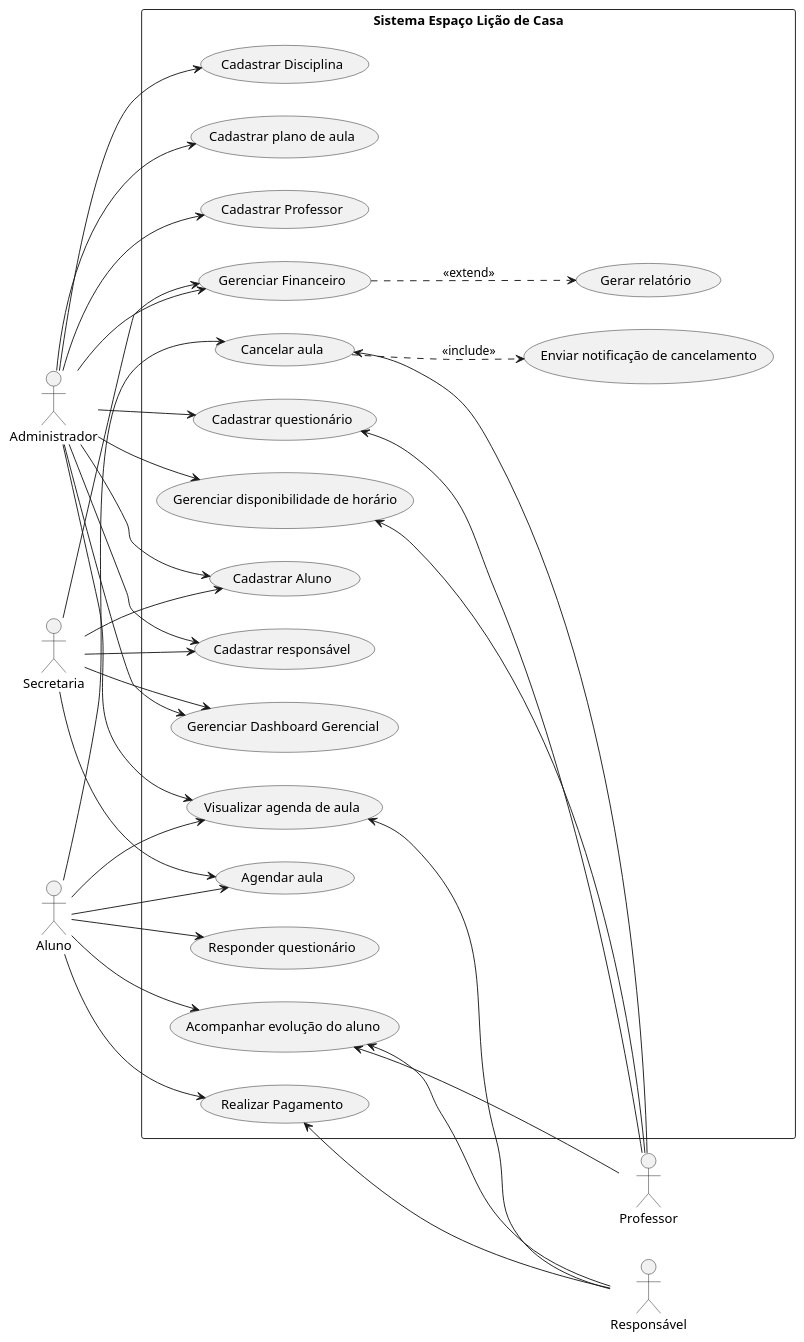
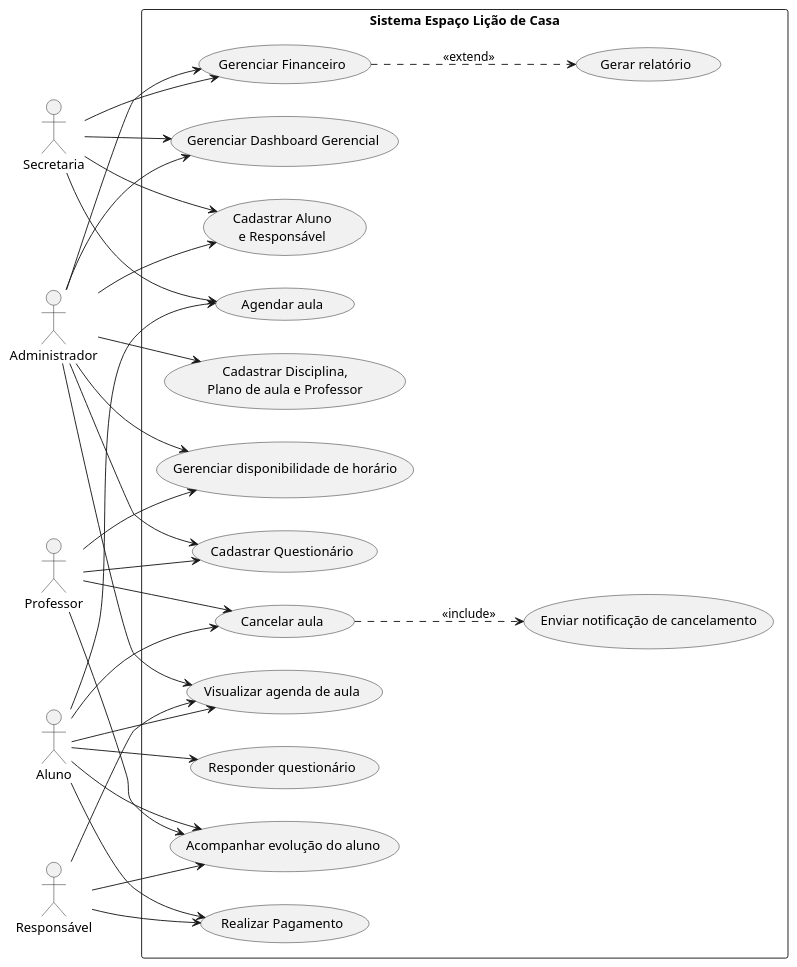
The diagram in CASOS DE USO/useCases.puml (Engenharia-II-Fatec/TG), drawn with PlantUML before and after one commit.

Commit message:
fix: ajustando diagrama de caso de uso

```diff
--- a/CASOS DE USO/useCases.puml
+++ b/CASOS DE USO/useCases.puml
@@ -1,87 +1,68 @@
 @startuml usecases
 left to right direction
 
 ' --- ATORES ---
-' Atores do lado esquerdo
 actor "Administrador" as Admin
 actor "Professor" as Professor
-
-' Ator Superior e Inferior
 actor "Aluno" as Aluno
 actor "Responsável" as Responsavel
-
-' Ator do lado direito
 actor "Secretaria" as Secretaria
 
 ' --- LIMITE DO SISTEMA ---
 rectangle "Sistema Espaço Lição de Casa" {
-    
-    ' Casos de Uso - Coluna Esquerda
+
     usecase "Realizar Pagamento" as UC1
     usecase "Acompanhar evolução do aluno" as UC2
     usecase "Agendar aula" as UC3
     usecase "Visualizar agenda de aula" as UC4
-    usecase "Cadastrar Disciplina" as UC5
-    usecase "Cadastrar plano de aula" as UC6
-    
-    ' Casos de Uso - Coluna Centro/Direita
-    usecase "Cadastrar responsável" as UC7
-    usecase "Cadastrar Aluno" as UC8
-    usecase "Cadastrar Professor" as UC9
+
+    ' --- CADASTROS UNIFICADOS (3 balões) ---
+    usecase "Cadastrar Disciplina,\nPlano de aula e Professor" as UCCadAcad
+    usecase "Cadastrar Aluno\ne Responsável" as UCCadPessoas
+    usecase "Cadastrar Questionário" as UCCadQuest
+
     usecase "Gerenciar Financeiro" as UC10
     usecase "Gerenciar Dashboard Gerencial" as UC11
     usecase "Responder questionário" as UC12
     usecase "Gerenciar disponibilidade de horário" as UC13
-    usecase "Cadastrar questionário" as UC14
-    
-    ' Agrupamento para forçar a proximidade visual
-    together {
-        usecase "Cancelar aula" as UC15
-        usecase "Enviar notificação de cancelamento" as UCAuxA
-    }
-    
-    ' Casos de uso avulsos
+
+    usecase "Cancelar aula" as UC15
+    usecase "Enviar notificação de cancelamento" as UCAuxA
     usecase "Gerar relatório" as UCAuxB
-
 }
 
 ' --- RELACIONAMENTOS (ASSOCIAÇÕES) ---
 Responsavel --> UC1
-UC2 <-- Responsavel
-UC4 <-- Responsavel
+Responsavel --> UC2
+Responsavel --> UC4
 
 Aluno --> UC1
 Aluno --> UC2
 Aluno --> UC3
 Aluno --> UC4
 Aluno --> UC12
 Aluno --> UC15
 
-UC2  <-- Professor
-UC13 <-- Professor
-UC14 <-- Professor
-UC15 <-- Professor
+Professor --> UC2
+Professor --> UC13
+Professor --> UCCadQuest
+Professor --> UC15
 
 Secretaria --> UC3
-Secretaria --> UC7
-Secretaria --> UC8
+Secretaria --> UCCadPessoas
 Secretaria --> UC10
 Secretaria --> UC11
 
 Admin --> UC4
-Admin --> UC5
-Admin --> UC6
-Admin --> UC7
-Admin --> UC8
-Admin --> UC9
+Admin --> UCCadAcad
+Admin --> UCCadPessoas
+Admin --> UCCadQuest
 Admin --> UC10
 Admin --> UC11
 Admin --> UC13
-Admin --> UC14
 
 ' --- RELACIONAMENTOS ESPECIAIS (INCLUDE / EXTEND) ---
-' Utilizando a notação pontilhada padrão (..>) para melhorar o fluxo do layout
-UC15 ..> UCAuxA : <<include>>
-UC10 ..> UCAuxB : <<extend>>
+UC15 .down.> UCAuxA : <<include>>
+UC10 .down.> UCAuxB : <<extend>>
 
 @enduml
```
